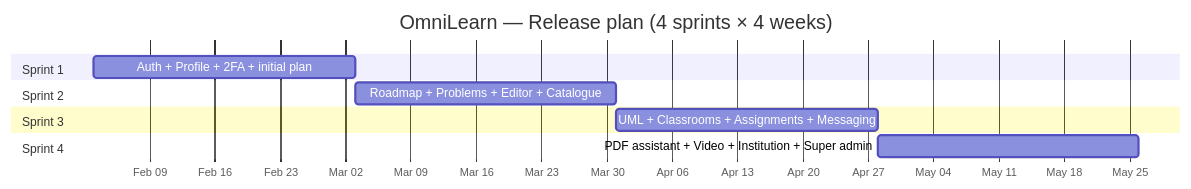
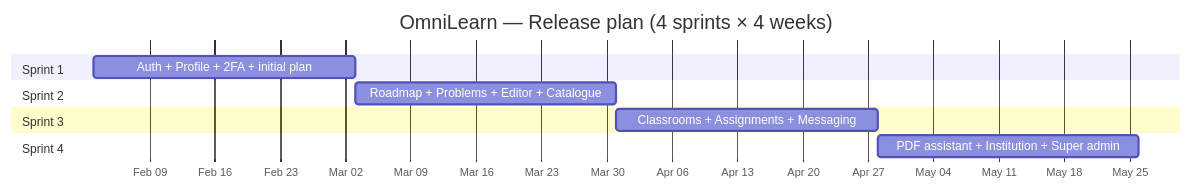
The diagram in docs/sprint_planning_and_backlog.md (MaizaAymen/OmniLearn), drawn with Mermaid before and after one commit. The commit also changed other lines of this file and 29 other files, not shown here.

````diff
--- a/docs/sprint_planning_and_backlog.md
+++ b/docs/sprint_planning_and_backlog.md
@@ -9,14 +9,14 @@
 ```mermaid
 gantt
   title OmniLearn — Release plan (4 sprints × 4 weeks)
   dateFormat YYYY-MM-DD
   axisFormat %b %d
   section Sprint 1
   Auth + Profile + 2FA + initial plan   :a1, 2025-02-03, 28d
   section Sprint 2
   Roadmap + Problems + Editor + Catalogue :a2, after a1, 28d
   section Sprint 3
-  UML + Classrooms + Assignments + Messaging :a3, after a2, 28d
+  Classrooms + Assignments + Messaging :a3, after a2, 28d
   section Sprint 4
-  PDF assistant + Video + Institution + Super admin :a4, after a3, 28d
+  PDF assistant + Institution + Super admin :a4, after a3, 28d
 ```
````
